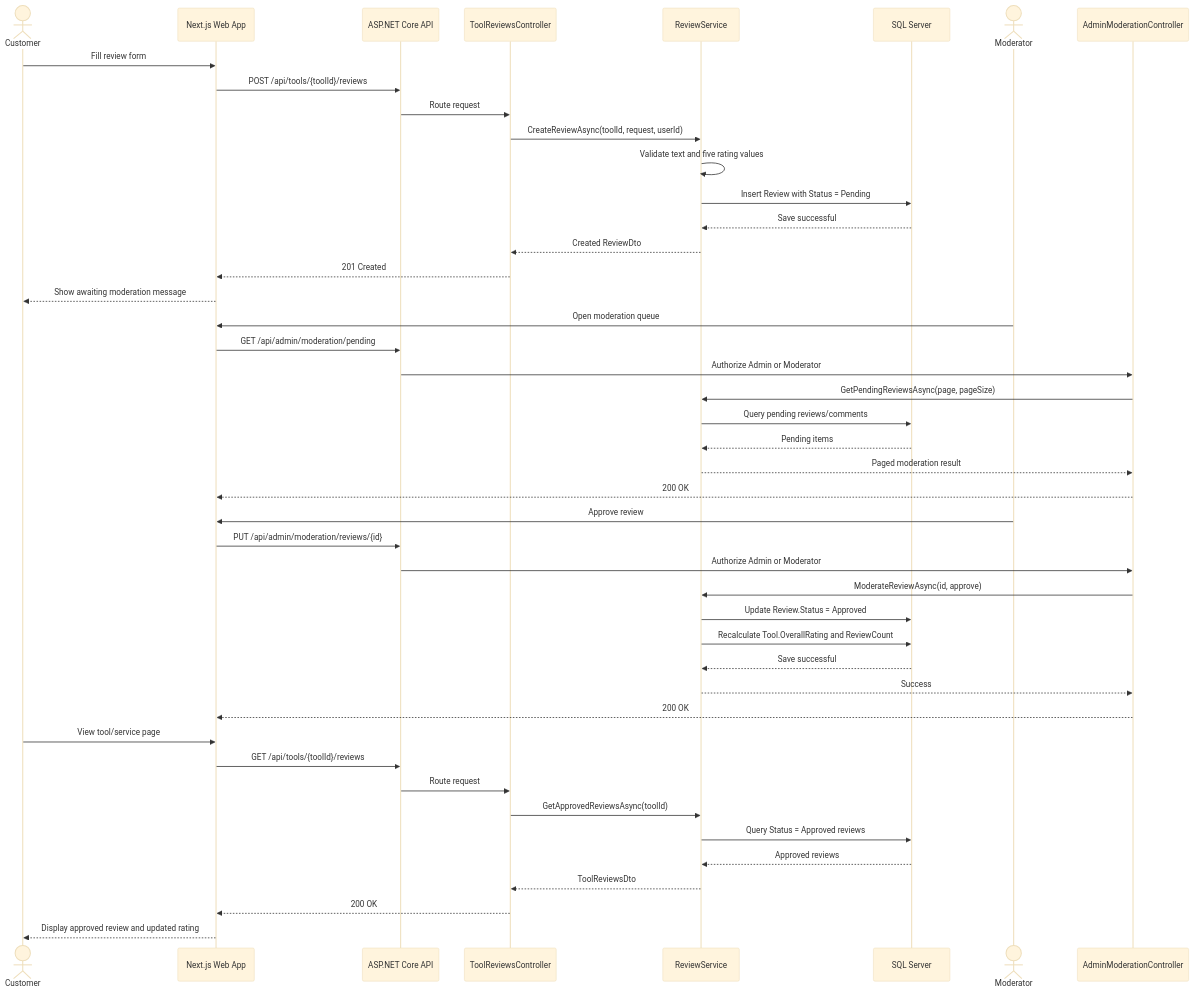
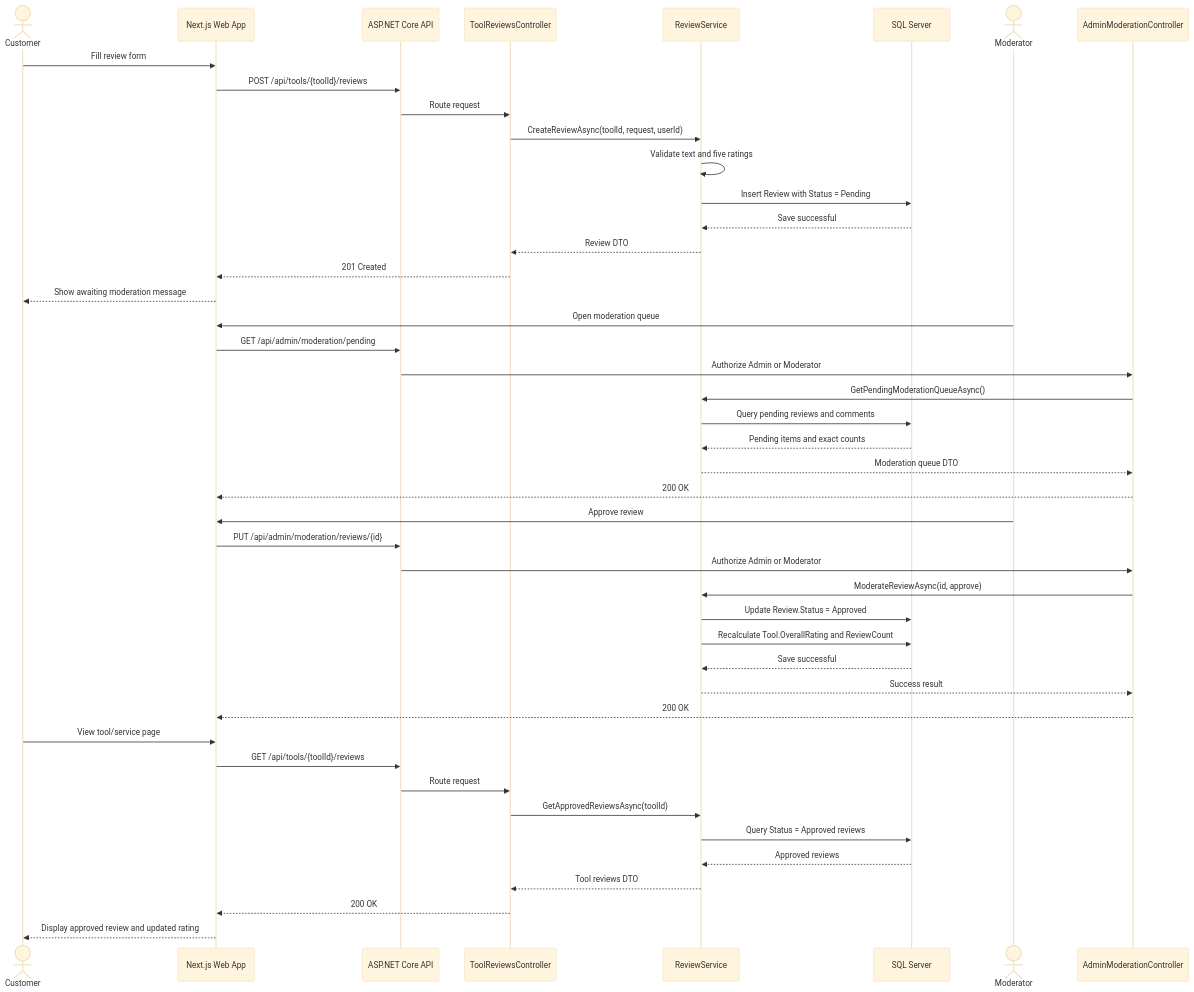
One commit to SEPP-2026/ReviewPortal-API changed the sixth of 10 diagrams in docs/FUNCTIONAL-DESIGN-DIAGRAMS.md. Above: the diagram before and after it, drawn with Mermaid (base theme). The commit also changed other lines of this file and 5 other files, not shown here.

Commit message:
Update Diagrams

````diff
--- a/docs/FUNCTIONAL-DESIGN-DIAGRAMS.md
+++ b/docs/FUNCTIONAL-DESIGN-DIAGRAMS.md
@@ -331,51 +442,51 @@
 ```mermaid
 sequenceDiagram
     actor Customer
     participant Web as Next.js Web App
     participant API as ASP.NET Core API
-    participant ReviewController as ToolReviewsController
+    participant Reviews as ToolReviewsController
     participant ReviewService
     participant Db as SQL Server
     actor Moderator
-    participant AdminController as AdminModerationController
+    participant AdminModeration as AdminModerationController
 
     Customer->>Web: Fill review form
     Web->>API: POST /api/tools/{toolId}/reviews
-    API->>ReviewController: Route request
-    ReviewController->>ReviewService: CreateReviewAsync(toolId, request, userId)
-    ReviewService->>ReviewService: Validate text and five rating values
+    API->>Reviews: Route request
+    Reviews->>ReviewService: CreateReviewAsync(toolId, request, userId)
+    ReviewService->>ReviewService: Validate text and five ratings
     ReviewService->>Db: Insert Review with Status = Pending
     Db-->>ReviewService: Save successful
-    ReviewService-->>ReviewController: Created ReviewDto
-    ReviewController-->>Web: 201 Created
+    ReviewService-->>Reviews: Review DTO
+    Reviews-->>Web: 201 Created
     Web-->>Customer: Show awaiting moderation message
 
     Moderator->>Web: Open moderation queue
     Web->>API: GET /api/admin/moderation/pending
-    API->>AdminController: Authorize Admin or Moderator
-    AdminController->>ReviewService: GetPendingReviewsAsync(page, pageSize)
-    ReviewService->>Db: Query pending reviews/comments
-    Db-->>ReviewService: Pending items
-    ReviewService-->>AdminController: Paged moderation result
-    AdminController-->>Web: 200 OK
+    API->>AdminModeration: Authorize Admin or Moderator
+    AdminModeration->>ReviewService: GetPendingModerationQueueAsync()
+    ReviewService->>Db: Query pending reviews and comments
+    Db-->>ReviewService: Pending items and exact counts
+    ReviewService-->>AdminModeration: Moderation queue DTO
+    AdminModeration-->>Web: 200 OK
 
     Moderator->>Web: Approve review
     Web->>API: PUT /api/admin/moderation/reviews/{id}
-    API->>AdminController: Authorize Admin or Moderator
-    AdminController->>ReviewService: ModerateReviewAsync(id, approve)
+    API->>AdminModeration: Authorize Admin or Moderator
+    AdminModeration->>ReviewService: ModerateReviewAsync(id, approve)
     ReviewService->>Db: Update Review.Status = Approved
     ReviewService->>Db: Recalculate Tool.OverallRating and ReviewCount
     Db-->>ReviewService: Save successful
-    ReviewService-->>AdminController: Success
-    AdminController-->>Web: 200 OK
+    ReviewService-->>AdminModeration: Success result
+    AdminModeration-->>Web: 200 OK
 
     Customer->>Web: View tool/service page
     Web->>API: GET /api/tools/{toolId}/reviews
-    API->>ReviewController: Route request
-    ReviewController->>ReviewService: GetApprovedReviewsAsync(toolId)
+    API->>Reviews: Route request
+    Reviews->>ReviewService: GetApprovedReviewsAsync(toolId)
     ReviewService->>Db: Query Status = Approved reviews
     Db-->>ReviewService: Approved reviews
-    ReviewService-->>ReviewController: ToolReviewsDto
-    ReviewController-->>Web: 200 OK
+    ReviewService-->>Reviews: Tool reviews DTO
+    Reviews-->>Web: 200 OK
     Web-->>Customer: Display approved review and updated rating
 ```
````
